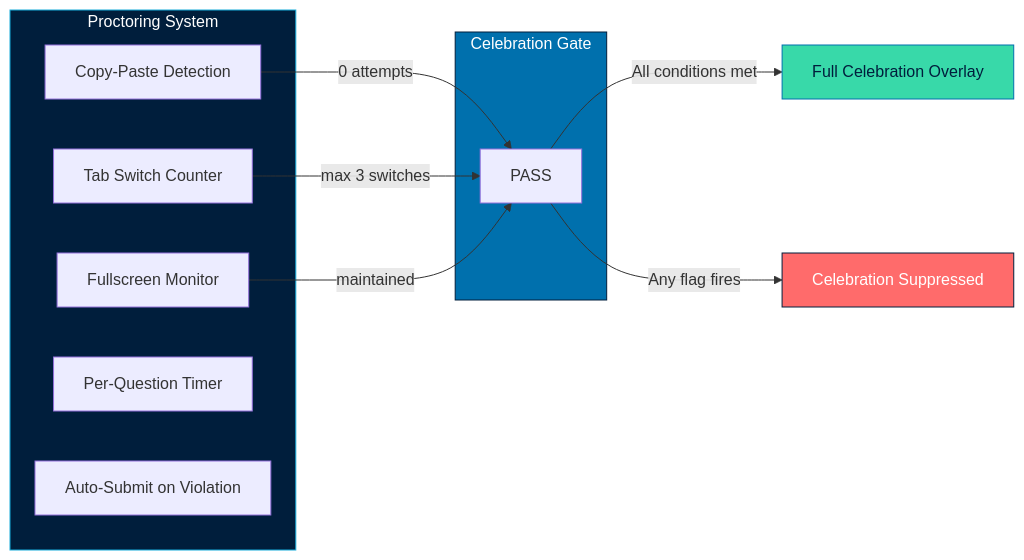
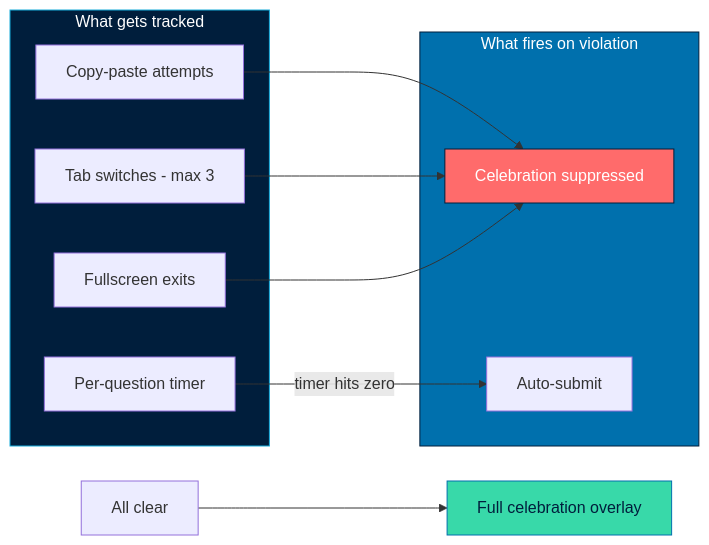
The fourth of 5 diagrams in README.md (Monisha-1508/SKILLSYNC_AI), drawn with Mermaid before and after one commit. The commit also changed other lines of this file, not shown here.

````diff
--- a/README.md
+++ b/README.md
@@ -730,24 +614,23 @@
 ```mermaid
 graph LR
-    subgraph PROCTOR["Proctoring System"]
-        CP[Copy-Paste Detection]
-        TS[Tab Switch Counter]
-        FS[Fullscreen Monitor]
-        TM[Per-Question Timer]
-        AS[Auto-Submit on Violation]
+    subgraph PROCTOR["What gets tracked"]
+        CP[Copy-paste attempts]
+        TS[Tab switches - max 3]
+        FS[Fullscreen exits]
+        TM[Per-question timer]
     end
 
-    subgraph GATE["Celebration Gate"]
-        CP -->|0 attempts| PASS
-        TS -->|max 3 switches| PASS
-        FS -->|maintained| PASS
+    subgraph OUTCOME["What fires on violation"]
+        CP --> BLOCK[Celebration suppressed]
+        TS --> BLOCK
+        FS --> BLOCK
+        TM -->|timer hits zero| AUTO[Auto-submit]
     end
 
-    PASS -->|All conditions met| CELEB[Full Celebration Overlay]
-    PASS -->|Any flag fires| BLOCK[Celebration Suppressed]
+    PASS[All clear] --> CELEB[Full celebration overlay]
 
     style PROCTOR fill:#001E3C,color:#ffffff,stroke:#17ABDA
-    style GATE fill:#0070AD,color:#ffffff,stroke:#001E3C
+    style OUTCOME fill:#0070AD,color:#ffffff,stroke:#001E3C
     style CELEB fill:#38D9A9,color:#001E3C,stroke:#0070AD
     style BLOCK fill:#FF6B6B,color:#ffffff,stroke:#001E3C
 ```
````
